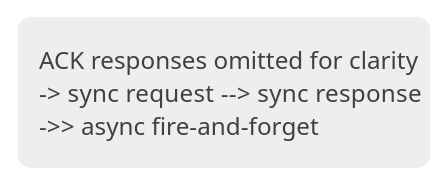
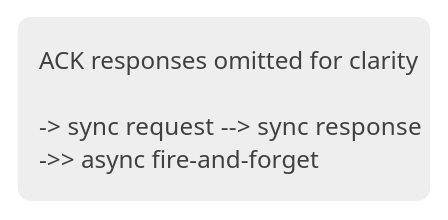
The first of 3 diagrams in plugins/plantuml/skills/plantuml-diagram-guide/references/sequence.md (artem-from-ua/claude-plugins), drawn with PlantUML before and after one commit. The commit also changed other lines of this file and 3 other files, not shown here.

First line of the commit message:
feat(plantuml): widen the gap between legend lines

````diff
--- a/plugins/plantuml/skills/plantuml-diagram-guide/references/sequence.md
+++ b/plugins/plantuml/skills/plantuml-diagram-guide/references/sequence.md
@@ -53,13 +53,14 @@
 ```plantuml
 skinparam legendBackgroundColor #EEEEEE
 skinparam legendBorderColor transparent
 skinparam LegendFontColor #404040
 
 legend right
   <size:6> </size>
     ACK responses omitted for clarity
+    <size:5> </size>
     -> sync request  --> sync response
     ->> async fire-and-forget
   <size:6> </size>
 end legend
 ```
````
